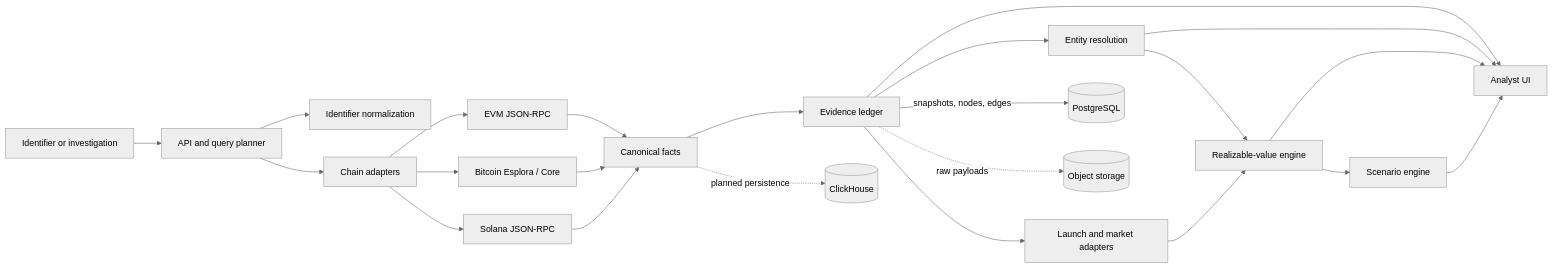
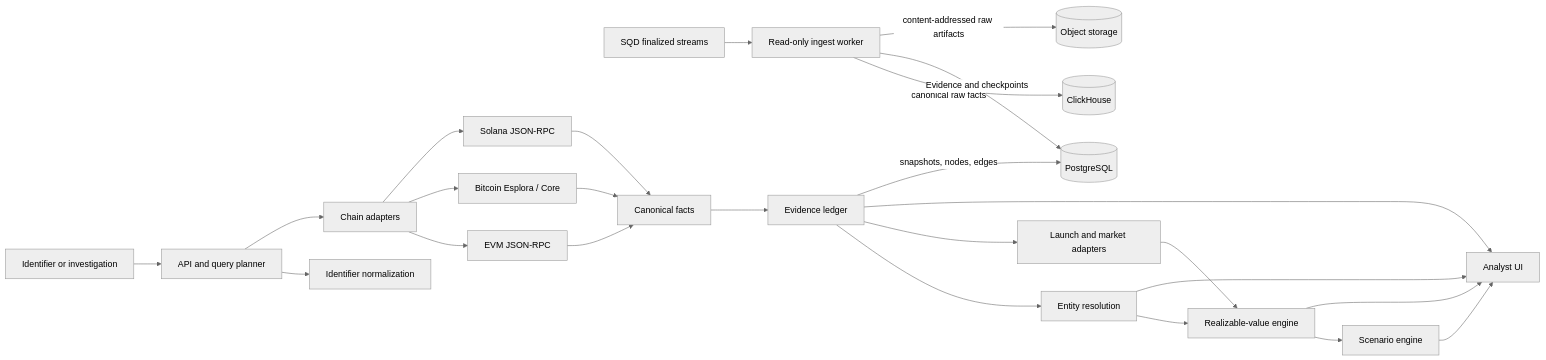
One commit to greywolf8888/ZeroTrace changed the diagram in README.md. Above: the diagram before and after it, drawn with Mermaid (neutral theme). The commit also changed other lines of this file and 62 other files, not shown here.

````diff
--- a/README.md
+++ b/README.md
@@ -66,28 +71,30 @@
 ```mermaid
 flowchart LR
   Q["Identifier or investigation"] --> G["API and query planner"]
   G --> I["Identifier normalization"]
   G --> C["Chain adapters"]
   C --> EVM["EVM JSON-RPC"]
   C --> BTC["Bitcoin Esplora / Core"]
   C --> SOL["Solana JSON-RPC"]
+  SQD["SQD finalized streams"] --> W["Read-only ingest worker"]
   EVM --> F["Canonical facts"]
   BTC --> F
   SOL --> F
   F --> EV["Evidence ledger"]
   EV --> ER["Entity resolution"]
   EV --> LM["Launch and market adapters"]
   ER --> RV["Realizable-value engine"]
   LM --> RV
   RV --> SC["Scenario engine"]
   EV --> UI["Analyst UI"]
   ER --> UI
   RV --> UI
   SC --> UI
   DB[("PostgreSQL")]
   CH[("ClickHouse")]
   OBJ[("Object storage")]
-  F -. "planned persistence" .-> CH
+  W -->|"canonical raw facts"| CH
+  W -->|"Evidence and checkpoints"| DB
+  W -->|"content-addressed raw artifacts"| OBJ
   EV -->|"snapshots, nodes, edges"| DB
-  EV -. "raw payloads" .-> OBJ
 ```
````
